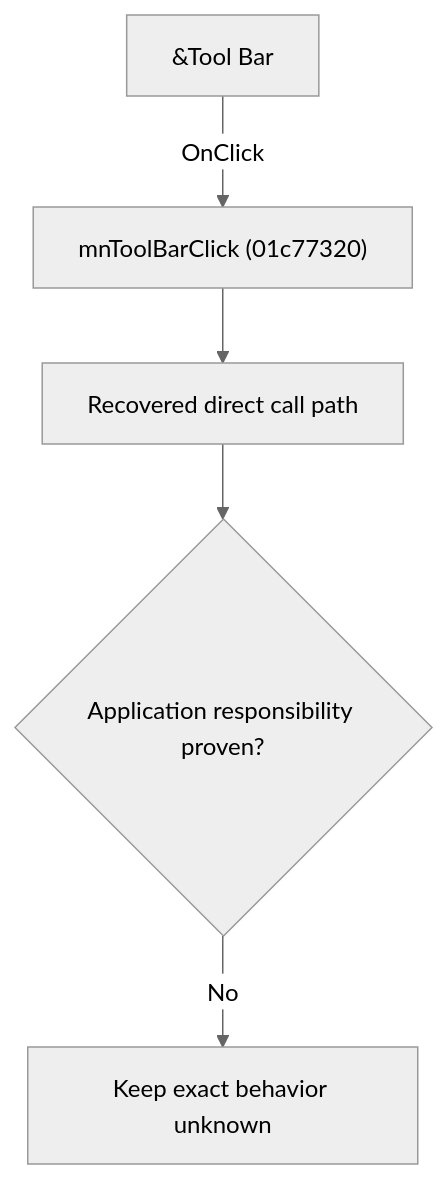
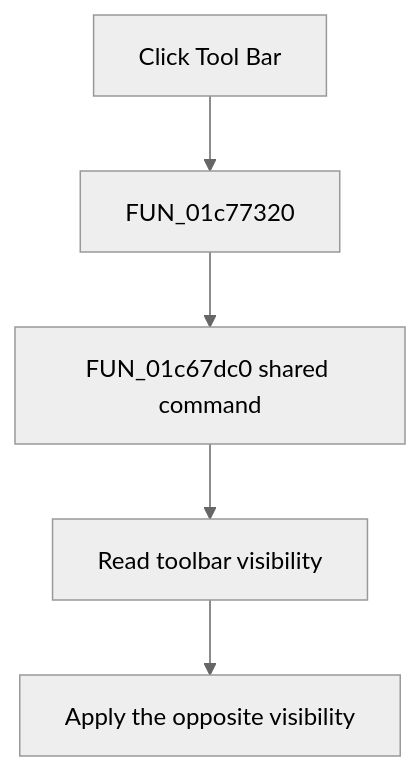
One commit to MovGP0/TIARA changed the diagram in docs/ui-controls/schematiceditor/mntoolbar-4f8fcc0ccf.md. Above: the diagram before and after it, drawn with Mermaid (neutral theme). The commit also changed other lines of this file and 241 other files, not shown here.

````diff
--- a/docs/ui-controls/schematiceditor/mntoolbar-4f8fcc0ccf.md
+++ b/docs/ui-controls/schematiceditor/mntoolbar-4f8fcc0ccf.md
@@ -27,7 +27,7 @@
 ```mermaid
 flowchart TD
-    control["&Tool Bar"] -->|"OnClick"| handler["mnToolBarClick (01c77320)"]
-    handler --> recovered["Recovered direct call path"]
-    recovered --> gap{"Application responsibility proven?"}
-    gap -->|"No"| blocked["Keep exact behavior unknown"]
+    control["Click Tool Bar"] --> handler["FUN_01c77320"]
+    handler --> shared["FUN_01c67dc0 shared command"]
+    shared --> read["Read toolbar visibility"]
+    read --> apply["Apply the opposite visibility"]
 ```
````
